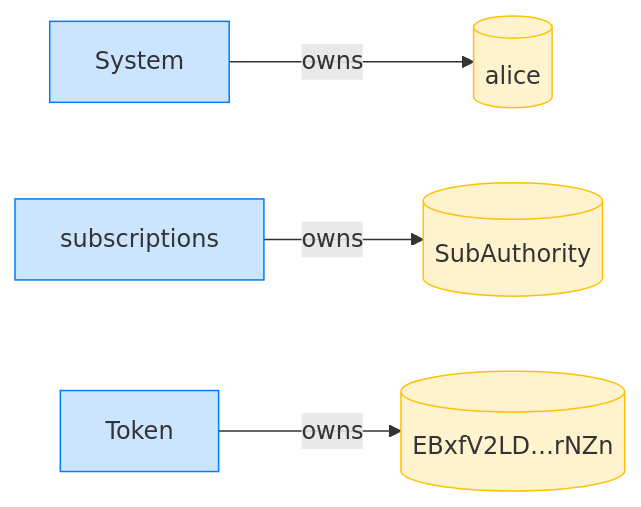
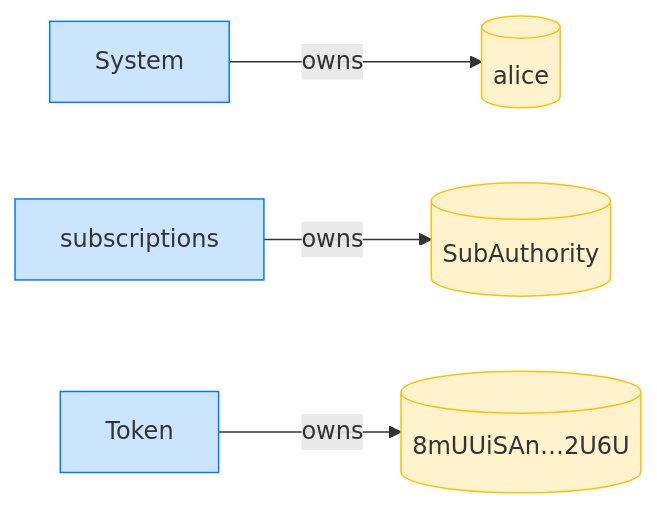
Before and after one commit to cds-rs/subscriptions: the fourth of 16 diagrams in dsl_tests/resume-rejected-after-the-cancelled-period-elapsed.md, drawn with Mermaid. The commit also changed other lines of this file and 224 other files, not shown here.

````diff
--- a/dsl_tests/resume-rejected-after-the-cancelled-period-elapsed.md
+++ b/dsl_tests/resume-rejected-after-the-cancelled-period-elapsed.md
@@ -73,14 +78,14 @@
 ```mermaid
 flowchart LR
     classDef owner fill:#cce5ff,stroke:#007bff;
     classDef account fill:#fff3cd,stroke:#ffc107;
     System[System]:::owner
     alice[(alice)]:::account
     subscriptions[subscriptions]:::owner
     SubAuthority[(SubAuthority)]:::account
     Token[Token]:::owner
-    EBxfV2LD_rNZn[("EBxfV2LD…rNZn")]:::account
+    8mUUiSAn_2U6U[("8mUUiSAn…2U6U")]:::account
     System -->|owns| alice
     subscriptions -->|owns| SubAuthority
-    Token -->|owns| EBxfV2LD_rNZn
+    Token -->|owns| 8mUUiSAn_2U6U
 ```
````
